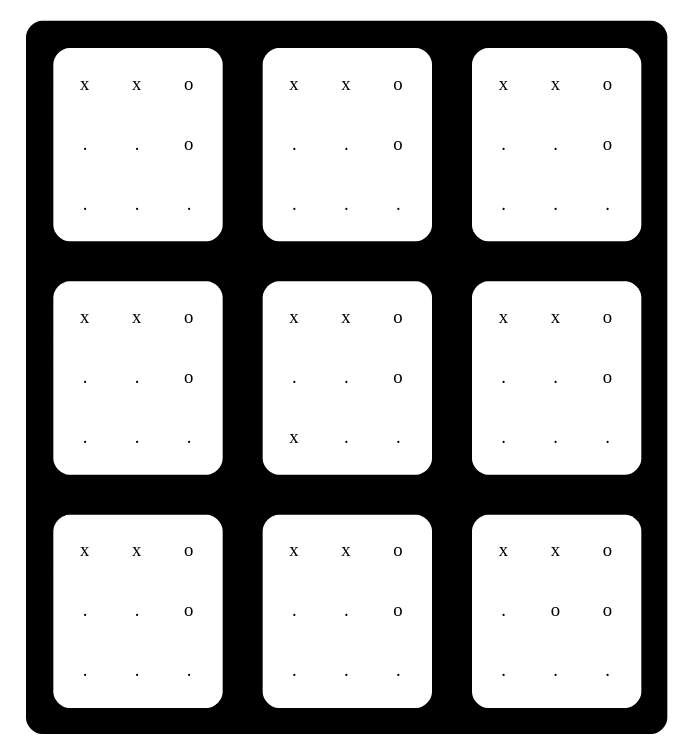
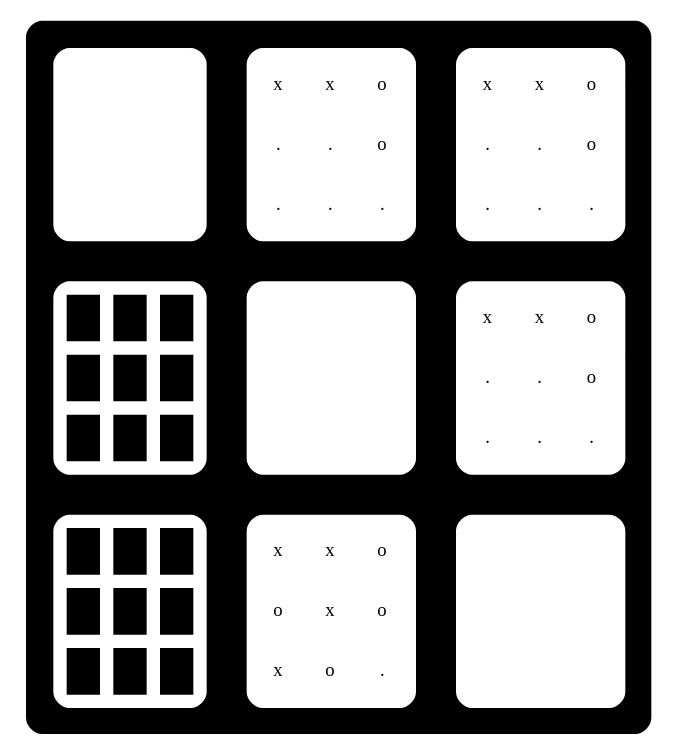
The diagram in filrougeAAP-main/super_morpion/morpionUlt.dot (Ayzzee/filrougesuite), drawn with Graphviz before and after one commit. The commit also changed 6 other files, not shown here.

```diff
--- a/filrougeAAP-main/super_morpion/morpionUlt.dot
+++ b/filrougeAAP-main/super_morpion/morpionUlt.dot
@@ -1,182 +1,182 @@
 digraph {
   a0 [shape=none label=<<TABLE border="0" cellspacing="10" cellpadding="10" style="rounded" bgcolor="black">
     <TR>
 <TD bgcolor="black">
 <TABLE border="0" cellspacing="10" cellpadding="10" style="rounded" bgcolor="white">
   <TR>
-    <TD bgcolor="white">x</TD>
-    <TD bgcolor="white">x</TD>
-    <TD bgcolor="white">o</TD>
+    <TD bgcolor="white">&nbsp;</TD>
+    <TD bgcolor="white">&nbsp;</TD>
+    <TD bgcolor="white">&nbsp;</TD>
   </TR>
   <TR>
-    <TD bgcolor="white">.</TD>
-    <TD bgcolor="white">.</TD>
-    <TD bgcolor="white">o</TD>
+    <TD bgcolor="white">&nbsp;</TD>
+    <TD bgcolor="white">&nbsp;</TD>
+    <TD bgcolor="white">&nbsp;</TD>
   </TR>
   <TR>
-    <TD bgcolor="white">.</TD>
-    <TD bgcolor="white">.</TD>
-    <TD bgcolor="white">.</TD>
+    <TD bgcolor="white">&nbsp;</TD>
+    <TD bgcolor="white">&nbsp;</TD>
+    <TD bgcolor="white">&nbsp;</TD>
   </TR>
 </TABLE>
 </TD>
 <TD bgcolor="black">
 <TABLE border="0" cellspacing="10" cellpadding="10" style="rounded" bgcolor="white">
   <TR>
     <TD bgcolor="white">x</TD>
     <TD bgcolor="white">x</TD>
     <TD bgcolor="white">o</TD>
   </TR>
   <TR>
     <TD bgcolor="white">.</TD>
     <TD bgcolor="white">.</TD>
     <TD bgcolor="white">o</TD>
   </TR>
   <TR>
     <TD bgcolor="white">.</TD>
     <TD bgcolor="white">.</TD>
     <TD bgcolor="white">.</TD>
   </TR>
 </TABLE>
 </TD>
 <TD bgcolor="black">
 <TABLE border="0" cellspacing="10" cellpadding="10" style="rounded" bgcolor="white">
   <TR>
     <TD bgcolor="white">x</TD>
     <TD bgcolor="white">x</TD>
     <TD bgcolor="white">o</TD>
   </TR>
   <TR>
     <TD bgcolor="white">.</TD>
     <TD bgcolor="white">.</TD>
     <TD bgcolor="white">o</TD>
   </TR>
   <TR>
     <TD bgcolor="white">.</TD>
     <TD bgcolor="white">.</TD>
     <TD bgcolor="white">.</TD>
   </TR>
 </TABLE>
 </TD>
  </TR>
  <TR>
 <TD bgcolor="black">
 <TABLE border="0" cellspacing="10" cellpadding="10" style="rounded" bgcolor="white">
   <TR>
-    <TD bgcolor="white">x</TD>
-    <TD bgcolor="white">x</TD>
-    <TD bgcolor="white">o</TD>
+    <TD bgcolor="black">&nbsp;</TD>
+    <TD bgcolor="black">&nbsp;</TD>
+    <TD bgcolor="black">&nbsp;</TD>
   </TR>
   <TR>
-    <TD bgcolor="white">.</TD>
-    <TD bgcolor="white">.</TD>
-    <TD bgcolor="white">o</TD>
+    <TD bgcolor="black">&nbsp;</TD>
+    <TD bgcolor="black">&nbsp;</TD>
+    <TD bgcolor="black">&nbsp;</TD>
   </TR>
   <TR>
-    <TD bgcolor="white">.</TD>
-    <TD bgcolor="white">.</TD>
-    <TD bgcolor="white">.</TD>
+    <TD bgcolor="black">&nbsp;</TD>
+    <TD bgcolor="black">&nbsp;</TD>
+    <TD bgcolor="black">&nbsp;</TD>
   </TR>
 </TABLE>
 </TD>
 <TD bgcolor="black">
 <TABLE border="0" cellspacing="10" cellpadding="10" style="rounded" bgcolor="white">
   <TR>
-    <TD bgcolor="white">x</TD>
-    <TD bgcolor="white">x</TD>
-    <TD bgcolor="white">o</TD>
+    <TD bgcolor="white">&nbsp;</TD>
+    <TD bgcolor="white">&nbsp;</TD>
+    <TD bgcolor="white">&nbsp;</TD>
   </TR>
   <TR>
-    <TD bgcolor="white">.</TD>
-    <TD bgcolor="white">.</TD>
-    <TD bgcolor="white">o</TD>
+    <TD bgcolor="white">&nbsp;</TD>
+    <TD bgcolor="white">&nbsp;</TD>
+    <TD bgcolor="white">&nbsp;</TD>
   </TR>
   <TR>
-    <TD bgcolor="white">x</TD>
-    <TD bgcolor="white">.</TD>
-    <TD bgcolor="white">.</TD>
+    <TD bgcolor="white">&nbsp;</TD>
+    <TD bgcolor="white">&nbsp;</TD>
+    <TD bgcolor="white">&nbsp;</TD>
   </TR>
 </TABLE>
 </TD>
 <TD bgcolor="black">
 <TABLE border="0" cellspacing="10" cellpadding="10" style="rounded" bgcolor="white">
   <TR>
     <TD bgcolor="white">x</TD>
     <TD bgcolor="white">x</TD>
     <TD bgcolor="white">o</TD>
   </TR>
   <TR>
     <TD bgcolor="white">.</TD>
     <TD bgcolor="white">.</TD>
     <TD bgcolor="white">o</TD>
   </TR>
   <TR>
     <TD bgcolor="white">.</TD>
     <TD bgcolor="white">.</TD>
     <TD bgcolor="white">.</TD>
   </TR>
 </TABLE>
 </TD>
  </TR>
  <TR>
 <TD bgcolor="black">
 <TABLE border="0" cellspacing="10" cellpadding="10" style="rounded" bgcolor="white">
   <TR>
-    <TD bgcolor="white">x</TD>
-    <TD bgcolor="white">x</TD>
-    <TD bgcolor="white">o</TD>
+    <TD bgcolor="black">&nbsp;</TD>
+    <TD bgcolor="black">&nbsp;</TD>
+    <TD bgcolor="black">&nbsp;</TD>
   </TR>
   <TR>
-    <TD bgcolor="white">.</TD>
-    <TD bgcolor="white">.</TD>
-    <TD bgcolor="white">o</TD>
+    <TD bgcolor="black">&nbsp;</TD>
+    <TD bgcolor="black">&nbsp;</TD>
+    <TD bgcolor="black">&nbsp;</TD>
   </TR>
   <TR>
-    <TD bgcolor="white">.</TD>
-    <TD bgcolor="white">.</TD>
-    <TD bgcolor="white">.</TD>
+    <TD bgcolor="black">&nbsp;</TD>
+    <TD bgcolor="black">&nbsp;</TD>
+    <TD bgcolor="black">&nbsp;</TD>
   </TR>
 </TABLE>
 </TD>
 <TD bgcolor="black">
 <TABLE border="0" cellspacing="10" cellpadding="10" style="rounded" bgcolor="white">
   <TR>
     <TD bgcolor="white">x</TD>
     <TD bgcolor="white">x</TD>
     <TD bgcolor="white">o</TD>
   </TR>
   <TR>
-    <TD bgcolor="white">.</TD>
-    <TD bgcolor="white">.</TD>
+    <TD bgcolor="white">o</TD>
+    <TD bgcolor="white">x</TD>
     <TD bgcolor="white">o</TD>
   </TR>
   <TR>
-    <TD bgcolor="white">.</TD>
-    <TD bgcolor="white">.</TD>
+    <TD bgcolor="white">x</TD>
+    <TD bgcolor="white">o</TD>
     <TD bgcolor="white">.</TD>
   </TR>
 </TABLE>
 </TD>
 <TD bgcolor="black">
 <TABLE border="0" cellspacing="10" cellpadding="10" style="rounded" bgcolor="white">
   <TR>
-    <TD bgcolor="white">x</TD>
-    <TD bgcolor="white">x</TD>
-    <TD bgcolor="white">o</TD>
+    <TD bgcolor="white">&nbsp;</TD>
+    <TD bgcolor="white">&nbsp;</TD>
+    <TD bgcolor="white">&nbsp;</TD>
   </TR>
   <TR>
-    <TD bgcolor="white">.</TD>
-    <TD bgcolor="white">o</TD>
-    <TD bgcolor="white">o</TD>
+    <TD bgcolor="white">&nbsp;</TD>
+    <TD bgcolor="white">&nbsp;</TD>
+    <TD bgcolor="white">&nbsp;</TD>
   </TR>
   <TR>
-    <TD bgcolor="white">.</TD>
-    <TD bgcolor="white">.</TD>
-    <TD bgcolor="white">.</TD>
+    <TD bgcolor="white">&nbsp;</TD>
+    <TD bgcolor="white">&nbsp;</TD>
+    <TD bgcolor="white">&nbsp;</TD>
   </TR>
 </TABLE>
 </TD>
  </TR>
  </TABLE>
 >];
 }
```
